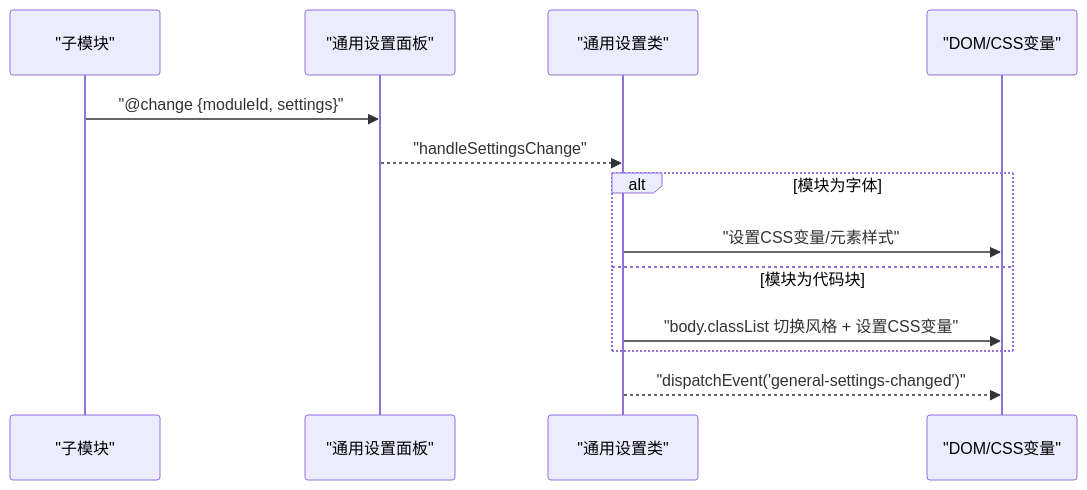
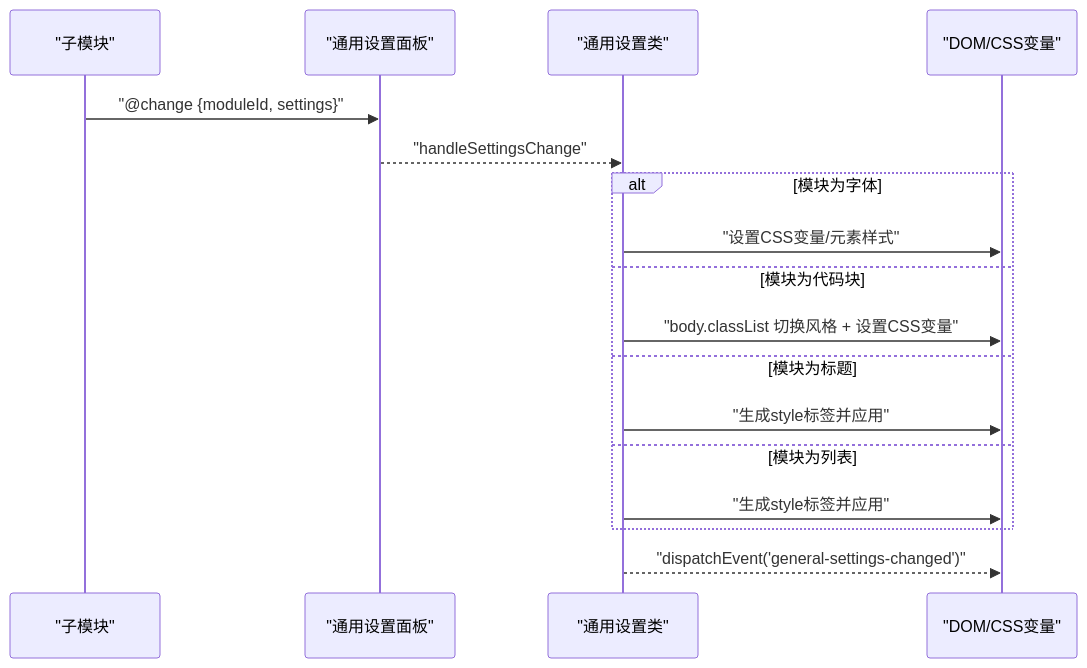
Before and after one commit to 851039536/siyuanPluginVueSN: diagram 12 of 14 in .qoder/repowiki/zh/content/功能模块详解/通用设置.md, drawn with Mermaid. The commit also changed other lines of this file and 9 other files, not shown here.

````diff
--- a/.qoder/repowiki/zh/content/功能模块详解/通用设置.md
+++ b/.qoder/repowiki/zh/content/功能模块详解/通用设置.md
@@ -385,15 +517,19 @@
 ```mermaid
 sequenceDiagram
 participant Sub as "子模块"
 participant Panel as "通用设置面板"
 participant GS as "通用设置类"
 participant DOM as "DOM/CSS变量"
 Sub->>Panel : "@change {moduleId, settings}"
 Panel-->>GS : "handleSettingsChange"
 alt 模块为字体
 GS->>DOM : "设置CSS变量/元素样式"
 else 模块为代码块
 GS->>DOM : "body.classList 切换风格 + 设置CSS变量"
+else 模块为标题
+GS->>DOM : "生成style标签并应用"
+else 模块为列表
+GS->>DOM : "生成style标签并应用"
 end
 GS-->>DOM : "dispatchEvent('general-settings-changed')"
 ```
````
